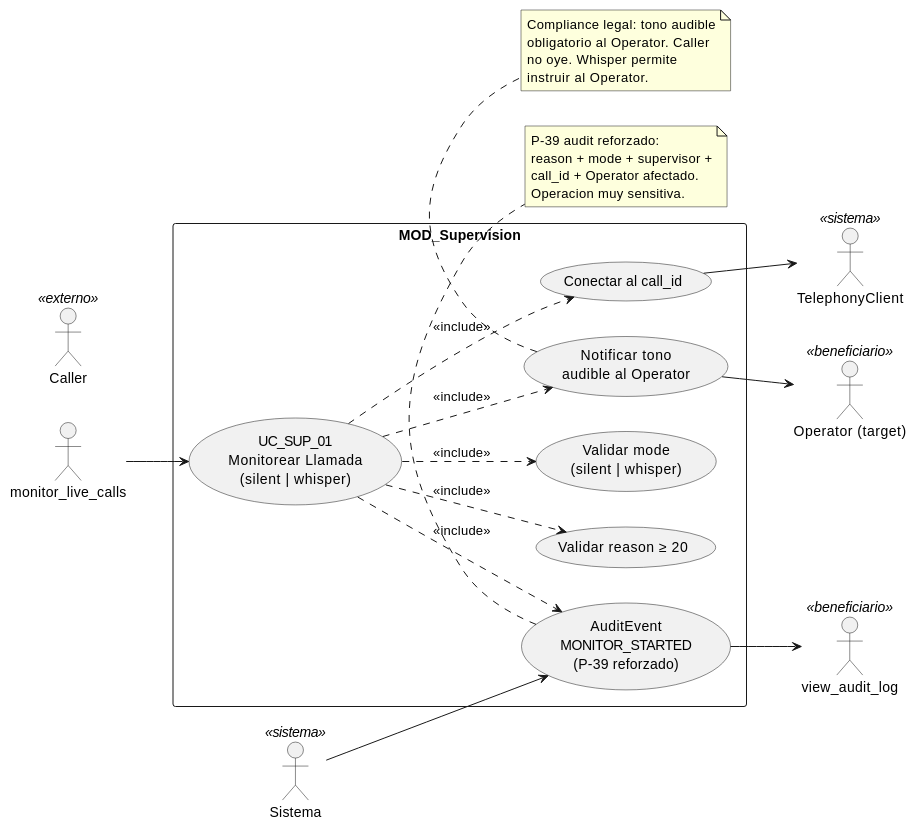
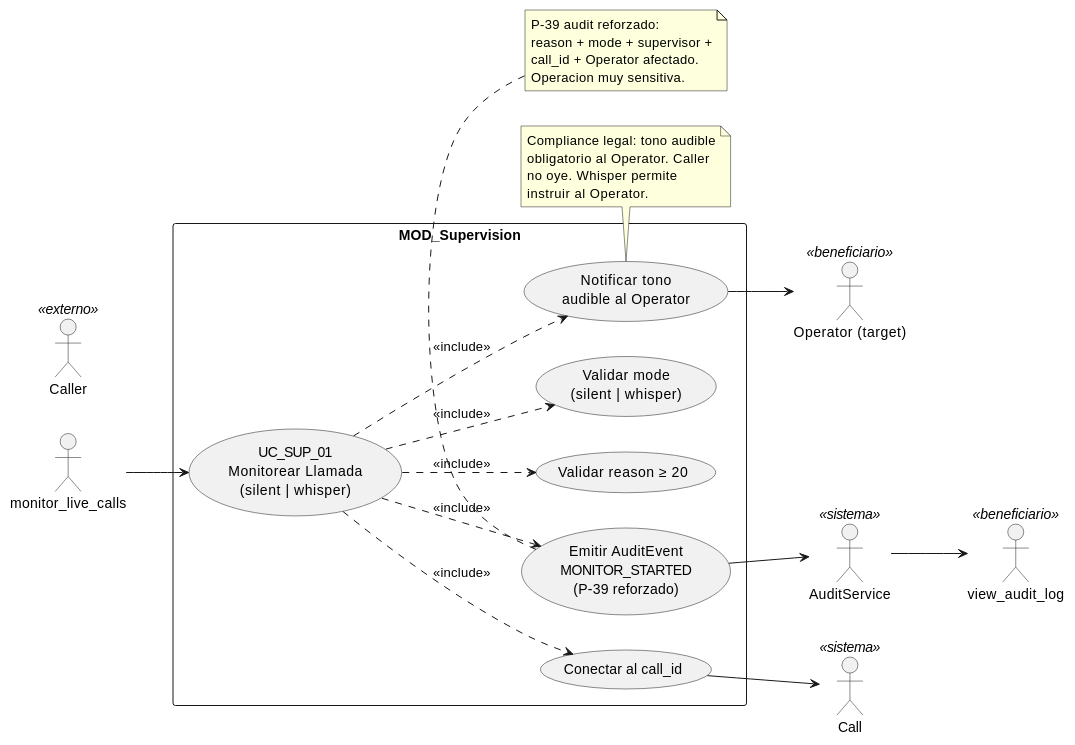
One commit to jcg-admin/IACT-docs changed the diagram in source/requisitos/casos-uso/supervision/uc-sup-01/diagramas-uml/diagrama-de-caso-de-uso.rst. Above: the diagram before and after it, drawn with PlantUML. The commit also changed other lines of this file and 52 other files, not shown here.

```diff
--- a/source/requisitos/casos-uso/supervision/uc-sup-01/diagramas-uml/diagrama-de-caso-de-uso.rst
+++ b/source/requisitos/casos-uso/supervision/uc-sup-01/diagramas-uml/diagrama-de-caso-de-uso.rst
@@ -4,50 +4,50 @@
 .. uml::
  :caption: UC_SUP_01 — actores y casos asociados
 
  @startuml
 
  left to right direction
 
  actor "monitor_live_calls" as INVOKER
  actor "Operator (target)" as OPERATOR <<beneficiario>>
  actor "Caller" as CALLER <<externo>>
- actor "TelephonyClient" as TELEPHONY <<sistema>>
+ actor "Call" as CALL <<sistema>>
+ actor "AuditService" as AS <<sistema>>
  actor "view_audit_log" as view_audit_log <<beneficiario>>
- actor "Sistema" as Sistema <<sistema>>
 
  rectangle "MOD_Supervision" {
    usecase "UC_SUP_01\nMonitorear Llamada\n(silent | whisper)" as UC_SUP_01
    usecase "Validar reason ≥ 20" as VALIDAR_REASON
    usecase "Validar mode\n(silent | whisper)" as VALIDAR_MODE
    usecase "Conectar al call_id" as CONECTAR
    usecase "Notificar tono\naudible al Operator" as NOTIFICAR
-   usecase "AuditEvent\nMONITOR_STARTED\n(P-39 reforzado)" as AUDIT
+   usecase "Emitir AuditEvent\nMONITOR_STARTED\n(P-39 reforzado)" as AUDIT
  }
 
  INVOKER --> UC_SUP_01
  UC_SUP_01 ..> VALIDAR_REASON : <<include>>
  UC_SUP_01 ..> VALIDAR_MODE : <<include>>
  UC_SUP_01 ..> CONECTAR : <<include>>
  UC_SUP_01 ..> NOTIFICAR : <<include>>
  UC_SUP_01 ..> AUDIT : <<include>>
 
- CONECTAR --> TELEPHONY
+ CONECTAR --> CALL
  NOTIFICAR --> OPERATOR
- Sistema --> AUDIT
- AUDIT --> view_audit_log
+ AUDIT --> AS
+ AS --> view_audit_log
 
  note bottom of NOTIFICAR
    Compliance legal: tono audible
    obligatorio al Operator. Caller
    no oye. Whisper permite
    instruir al Operator.
  end note
 
  note bottom of AUDIT
    P-39 audit reforzado:
    reason + mode + supervisor +
    call_id + Operator afectado.
    Operacion muy sensitiva.
  end note
 
  @enduml
```
